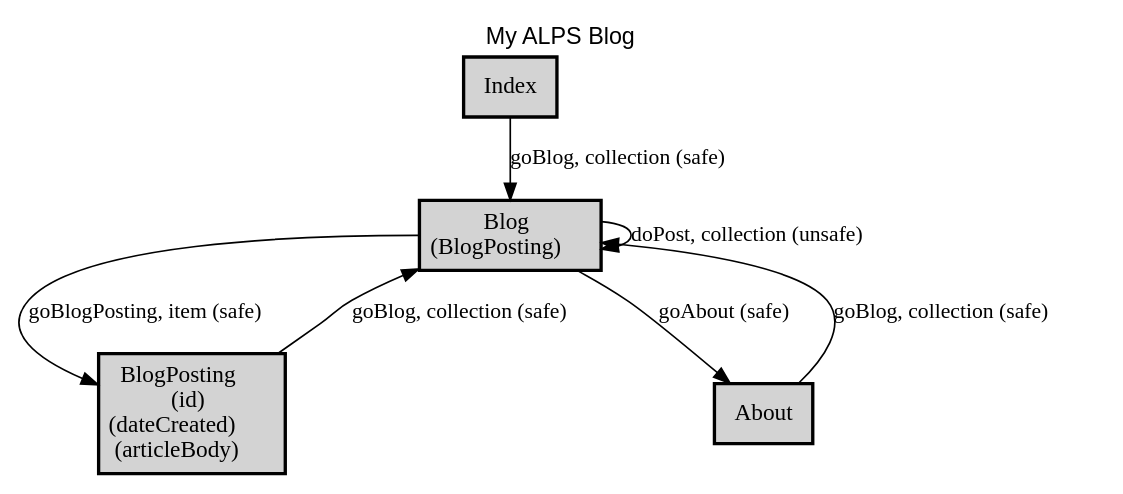
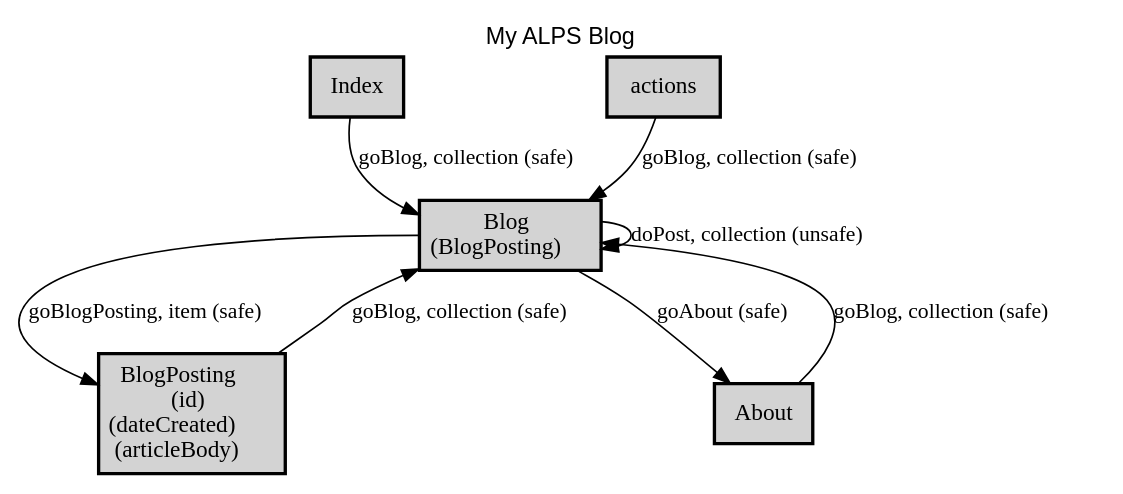
The diagram in profile.dot (Chikara0176/my-first-alps), drawn with Graphviz before and after one commit. The commit also changed 4 other files, not shown here.

```diff
--- a/profile.dot
+++ b/profile.dot
@@ -1,23 +1,25 @@
 digraph application_state_diagram {
   graph [
     labelloc="t";
     fontname="Helvetica"
     label="My ALPS Blog";
     URL="index.html" target="_parent"
   ];
   node [shape = box, style = "bold,filled" fillcolor="lightgray"];
 
     Blog [margin=0.02, label=<<table cellspacing="0" cellpadding="5" border="0"><tr><td>Blog<br />(BlogPosting)<br /></td></tr></table>>,shape=box URL="docs/semantic.Blog.html" target="_parent"]
     BlogPosting [margin=0.02, label=<<table cellspacing="0" cellpadding="5" border="0"><tr><td>BlogPosting<br />(id)<br />(dateCreated)<br />(articleBody)<br /></td></tr></table>>,shape=box URL="docs/semantic.BlogPosting.html" target="_parent"]
 
     About -> Blog [label = <goBlog, collection (safe)> URL="docs/safe.goBlog.html" target="_parent" fontsize=13];
     Blog -> About [label = <goAbout (safe)> URL="docs/safe.goAbout.html" target="_parent" fontsize=13];
     Blog -> Blog [label = <doPost, collection (unsafe)> URL="docs/unsafe.doPost.html" target="_parent" fontsize=13];
     Blog -> BlogPosting [label = <goBlogPosting, item (safe)> URL="docs/safe.goBlogPosting.html" target="_parent" fontsize=13];
     BlogPosting -> Blog [label = <goBlog, collection (safe)> URL="docs/safe.goBlog.html" target="_parent" fontsize=13];
     Index -> Blog [label = <goBlog, collection (safe)> URL="docs/safe.goBlog.html" target="_parent" fontsize=13];
+    actions -> Blog [label = <goBlog, collection (safe)> URL="docs/safe.goBlog.html" target="_parent" fontsize=13];
 
     About [label = <About> URL="docs/semantic.About.html" target="_parent"]
     Index [label = <Index> URL="docs/semantic.Index.html" target="_parent"]
+    actions [label = <actions> URL="docs/semantic.actions.html" target="_parent"]
 
 }
```
